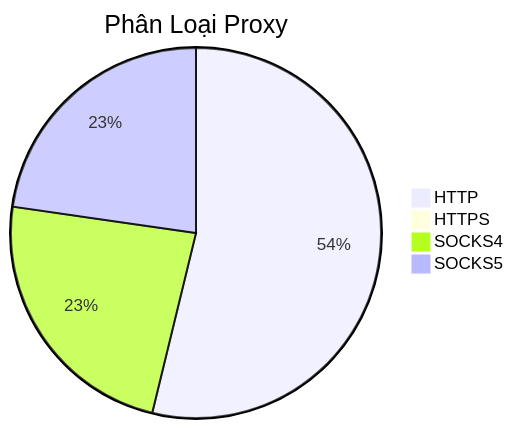
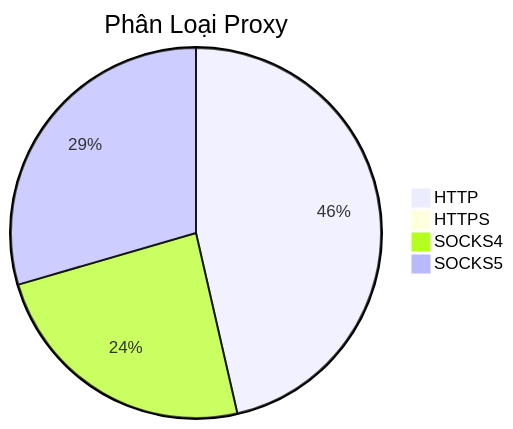
One commit to Ciara-12/PROXY-free changed the diagram in README.md. Above: the diagram before and after it, drawn with Mermaid. The commit also changed other lines of this file and 4 other files, not shown here.

````diff
--- a/README.md
+++ b/README.md
@@ -26,7 +26,7 @@
 ```mermaid
 pie title Phân Loại Proxy
-    "HTTP" : 715
+    "HTTP" : 472
     "HTTPS" : 1
-    "SOCKS4" : 312
-    "SOCKS5" : 302
+    "SOCKS4" : 245
+    "SOCKS5" : 300
 ```
````
